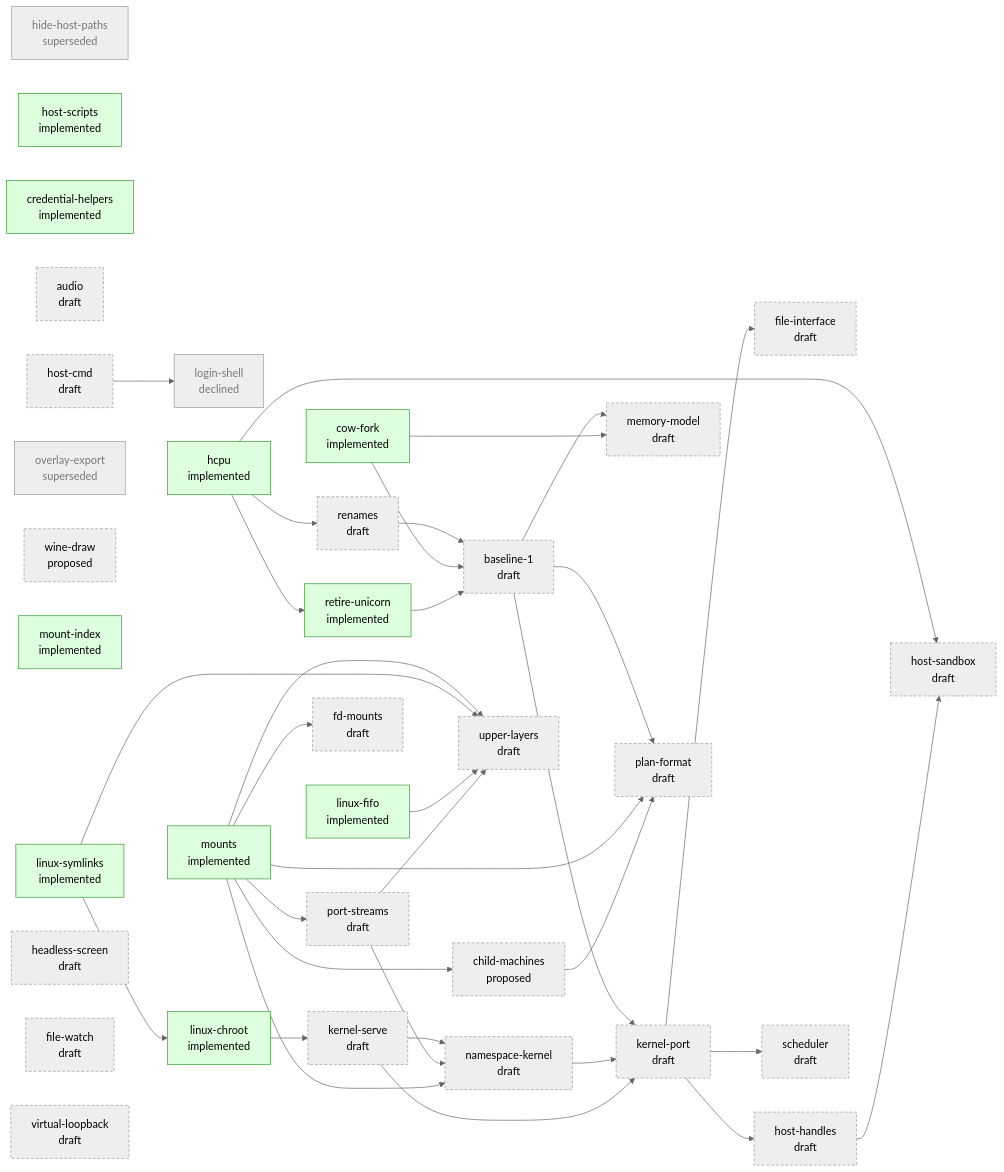
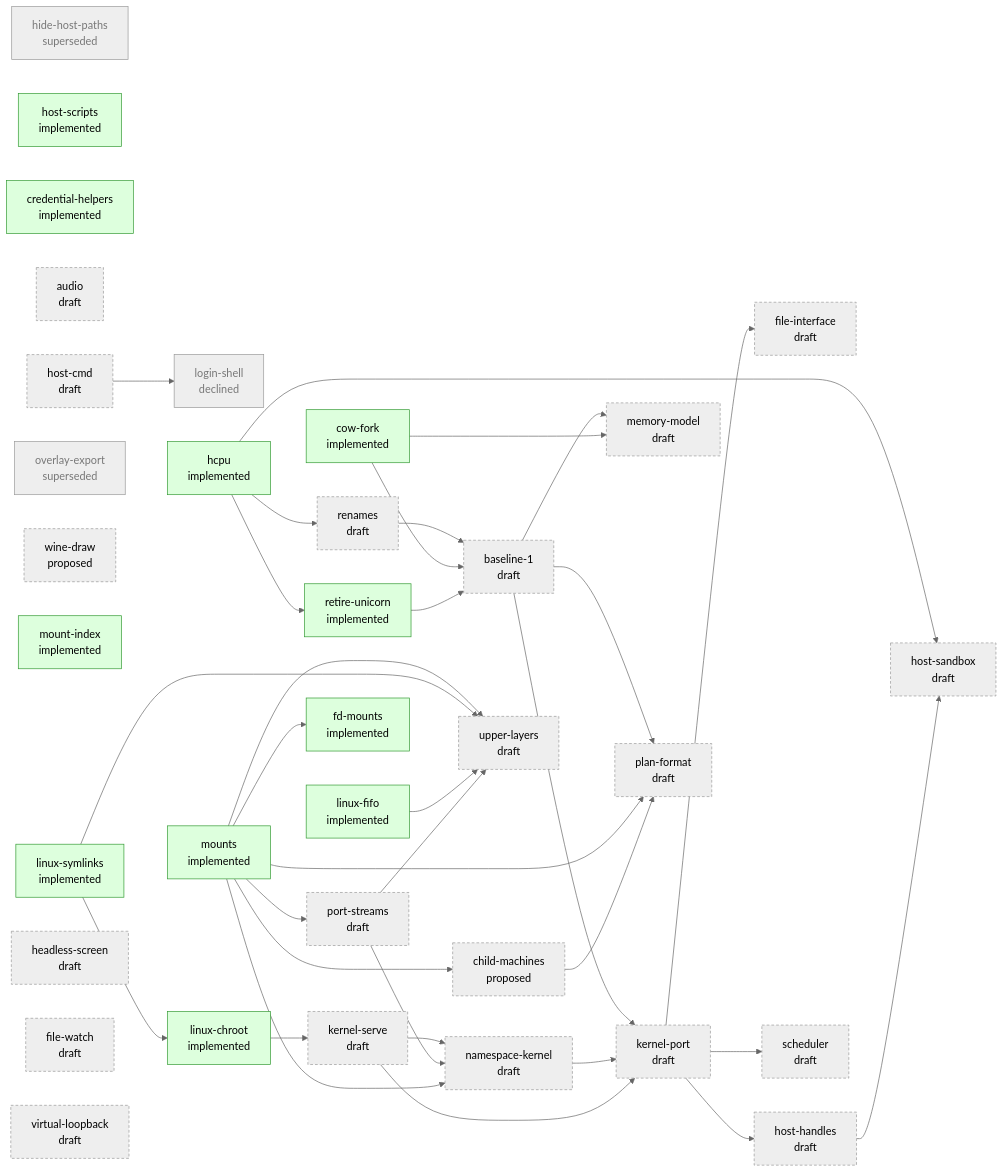
Before and after one commit to progrium/hyper9: the diagram in design/STATUS.md, drawn with Mermaid (neutral theme). The commit also changed other lines of this file, not shown here.

Commit message:
design: regenerate STATUS.md

````diff
--- a/design/STATUS.md
+++ b/design/STATUS.md
@@ -44,72 +44,72 @@
 ```mermaid
 flowchart LR
   classDef draft stroke-dasharray: 4 3
   classDef accepted stroke-width: 2px
   classDef implemented fill:#dfd,stroke:#393
   classDef closed fill:#eee,stroke:#999,color:#777
   p_hide_host_paths["hide-host-paths<br/>superseded"]:::closed
   p_host_sandbox["host-sandbox<br/>draft"]:::draft
   p_host_scripts["host-scripts<br/>implemented"]:::implemented
   p_credential_helpers["credential-helpers<br/>implemented"]:::implemented
   p_audio["audio<br/>draft"]:::draft
   p_host_cmd["host-cmd<br/>draft"]:::draft
   p_overlay_export["overlay-export<br/>superseded"]:::closed
   p_login_shell["login-shell<br/>declined"]:::closed
   p_child_machines["child-machines<br/>proposed"]:::draft
   p_cow_fork["cow-fork<br/>implemented"]:::implemented
   p_wine_draw["wine-draw<br/>proposed"]:::draft
   p_mount_index["mount-index<br/>implemented"]:::implemented
   p_hcpu["hcpu<br/>implemented"]:::implemented
   p_kernel_serve["kernel-serve<br/>draft"]:::draft
   p_namespace_kernel["namespace-kernel<br/>draft"]:::draft
   p_port_streams["port-streams<br/>draft"]:::draft
   p_linux_fifo["linux-fifo<br/>implemented"]:::implemented
   p_mounts["mounts<br/>implemented"]:::implemented
   p_baseline_1["baseline-1<br/>draft"]:::draft
   p_file_interface["file-interface<br/>draft"]:::draft
   p_host_handles["host-handles<br/>draft"]:::draft
   p_kernel_port["kernel-port<br/>draft"]:::draft
   p_linux_symlinks["linux-symlinks<br/>implemented"]:::implemented
   p_memory_model["memory-model<br/>draft"]:::draft
   p_plan_format["plan-format<br/>draft"]:::draft
   p_renames["renames<br/>draft"]:::draft
   p_retire_unicorn["retire-unicorn<br/>implemented"]:::implemented
   p_scheduler["scheduler<br/>draft"]:::draft
-  p_fd_mounts["fd-mounts<br/>draft"]:::draft
+  p_fd_mounts["fd-mounts<br/>implemented"]:::implemented
   p_upper_layers["upper-layers<br/>draft"]:::draft
   p_headless_screen["headless-screen<br/>draft"]:::draft
   p_file_watch["file-watch<br/>draft"]:::draft
   p_linux_chroot["linux-chroot<br/>implemented"]:::implemented
   p_virtual_loopback["virtual-loopback<br/>draft"]:::draft
   p_hcpu --> p_host_sandbox
   p_host_handles --> p_host_sandbox
   p_host_cmd --> p_login_shell
   p_mounts --> p_child_machines
   p_linux_chroot --> p_kernel_serve
   p_kernel_serve --> p_namespace_kernel
   p_port_streams --> p_namespace_kernel
   p_mounts --> p_namespace_kernel
   p_mounts --> p_port_streams
   p_renames --> p_baseline_1
   p_cow_fork --> p_baseline_1
   p_retire_unicorn --> p_baseline_1
   p_kernel_port --> p_file_interface
   p_kernel_port --> p_host_handles
   p_baseline_1 --> p_kernel_port
   p_namespace_kernel --> p_kernel_port
   p_kernel_serve --> p_kernel_port
   p_baseline_1 --> p_memory_model
   p_cow_fork --> p_memory_model
   p_baseline_1 --> p_plan_format
   p_mounts --> p_plan_format
   p_child_machines --> p_plan_format
   p_hcpu --> p_renames
   p_hcpu --> p_retire_unicorn
   p_kernel_port --> p_scheduler
   p_mounts --> p_fd_mounts
   p_mounts --> p_upper_layers
   p_linux_symlinks --> p_upper_layers
   p_linux_fifo --> p_upper_layers
   p_port_streams --> p_upper_layers
   p_linux_symlinks --> p_linux_chroot
 ```
````
